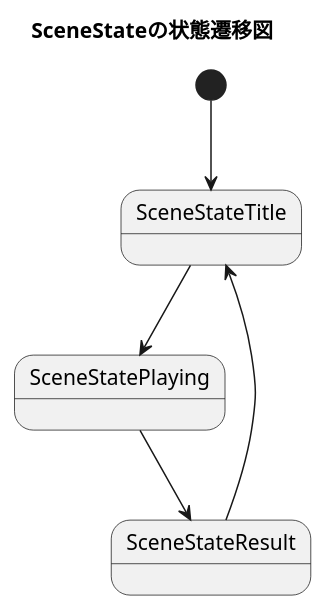
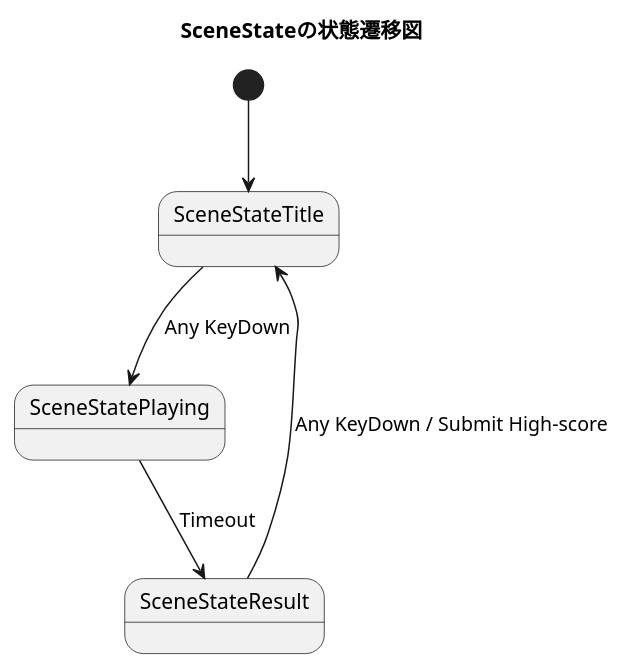
One commit to novogrammer/balloon-popping-game changed the diagram in uml/state-diagram-scene.puml. Above: the diagram before and after it, drawn with PlantUML.

Commit message:
シーンの遷移条件を追記

```diff
--- a/uml/state-diagram-scene.puml
+++ b/uml/state-diagram-scene.puml
@@ -1,13 +1,13 @@
 @startuml SceneStateの状態遷移図
 title SceneStateの状態遷移図
 
 
 [*] --> SceneStateTitle
 
-SceneStateTitle --> SceneStatePlaying
+SceneStateTitle --> SceneStatePlaying : Any KeyDown
 
-SceneStatePlaying --> SceneStateResult
+SceneStatePlaying --> SceneStateResult : Timeout
 
-SceneStateResult --> SceneStateTitle
+SceneStateResult --> SceneStateTitle : Any KeyDown / Submit High-score
 
 @enduml
```
